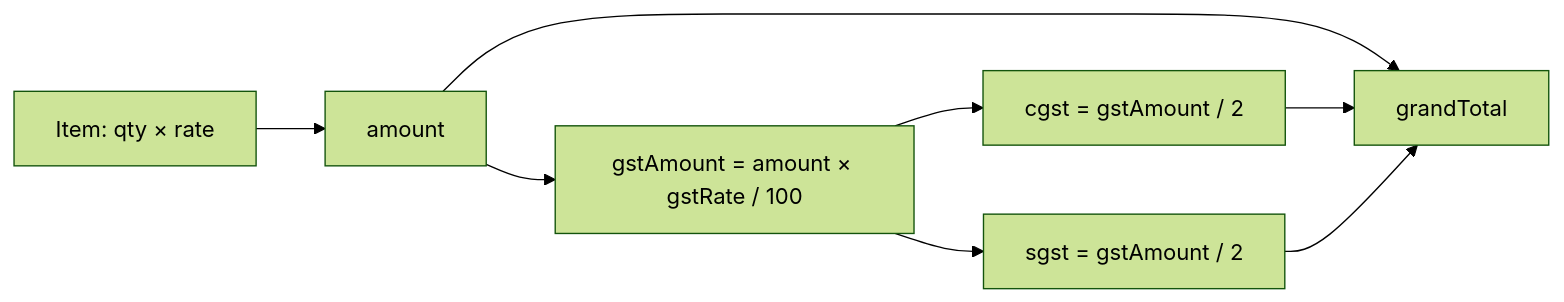
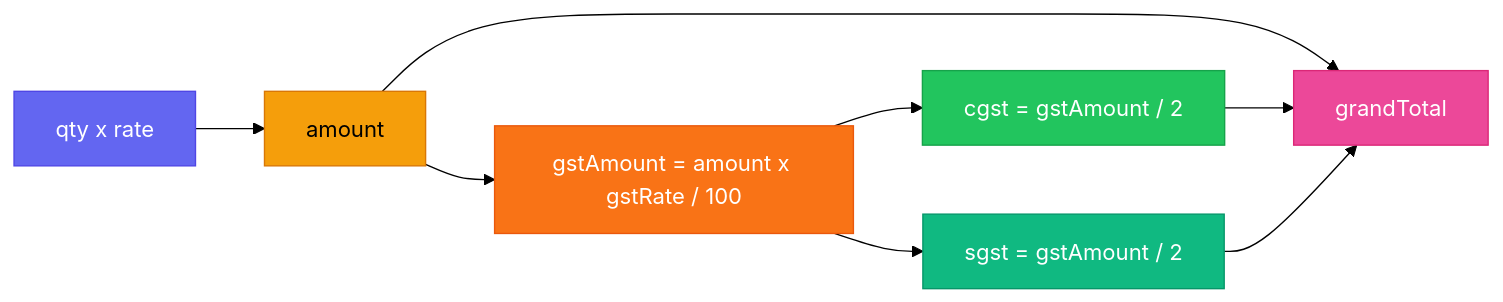
One commit to sanjanb/bill-buddy changed the third of 11 diagrams in ARCHITECTURE.md. Above: the diagram before and after it, drawn with Mermaid (forest theme). The commit also changed other lines of this file, not shown here.

Commit message:
docs: update ARCHITECTURE.md with styled Mermaid diagrams and refined descriptions

````diff
--- a/ARCHITECTURE.md
+++ b/ARCHITECTURE.md
@@ -148,10 +166,17 @@
 ```mermaid
 graph LR
-    A[Item: qty × rate] --> B[amount]
-    B --> C["gstAmount = amount × gstRate / 100"]
+    A["qty x rate"] --> B[amount]
+    B --> C["gstAmount = amount x gstRate / 100"]
     C --> D["cgst = gstAmount / 2"]
     C --> E["sgst = gstAmount / 2"]
     B --> F[grandTotal]
     D --> F
     E --> F
+
+    style A fill:#6366f1,color:#fff,stroke:#4f46e5
+    style B fill:#f59e0b,color:#000,stroke:#d97706
+    style C fill:#f97316,color:#fff,stroke:#ea580c
+    style D fill:#22c55e,color:#fff,stroke:#16a34a
+    style E fill:#10b981,color:#fff,stroke:#059669
+    style F fill:#ec4899,color:#fff,stroke:#db2777
 ```
````
